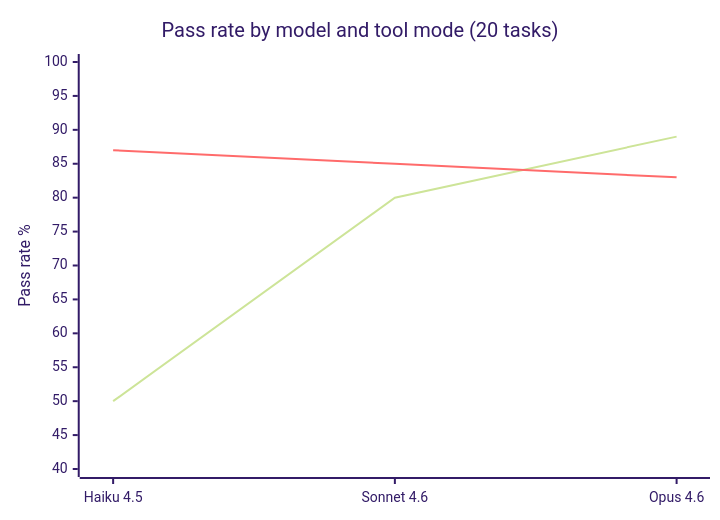
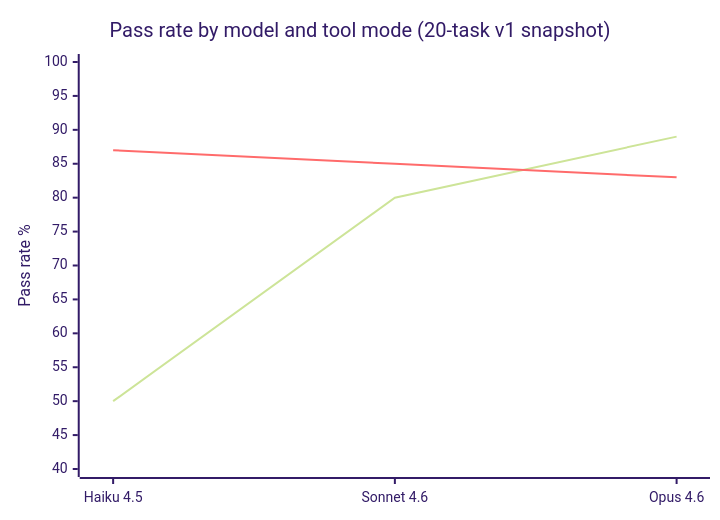
One commit to pro-vi/mdtools changed the diagram in README.md. Above: the diagram before and after it, drawn with Mermaid (forest theme). The commit also changed other lines of this file and 16 other files, not shown here.

````diff
--- a/README.md
+++ b/README.md
@@ -216,8 +218,8 @@
 ```mermaid
 xychart-beta
-    title "Pass rate by model and tool mode (20 tasks)"
+    title "Pass rate by model and tool mode (20-task v1 snapshot)"
     x-axis ["Haiku 4.5", "Sonnet 4.6", "Opus 4.6"]
     y-axis "Pass rate %" 40 --> 100
     line [50, 80, 89]
     line [87, 85, 83]
 ```
````
